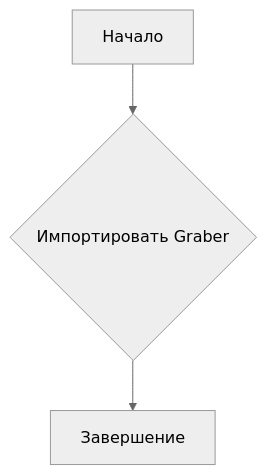
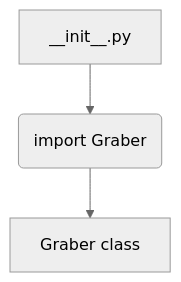
The first of 2 diagrams in docs/gemini/ru/explainer/src/suppliers/visualdg/__init__.md (hypo69/hypo), drawn with Mermaid (neutral theme) before and after one commit. The commit also changed other lines of this file and 468 other files, not shown here.

````diff
--- a/docs/gemini/ru/explainer/src/suppliers/visualdg/__init__.md
+++ b/docs/gemini/ru/explainer/src/suppliers/visualdg/__init__.md
@@ -22,5 +31,5 @@
 ```mermaid
 graph TD
-    A[Начало] --> B{Импортировать Graber};
-    B --> C[Завершение];
+    A[__init__.py] --> B(import Graber);
+    B --> C[Graber class];
 ```
````
